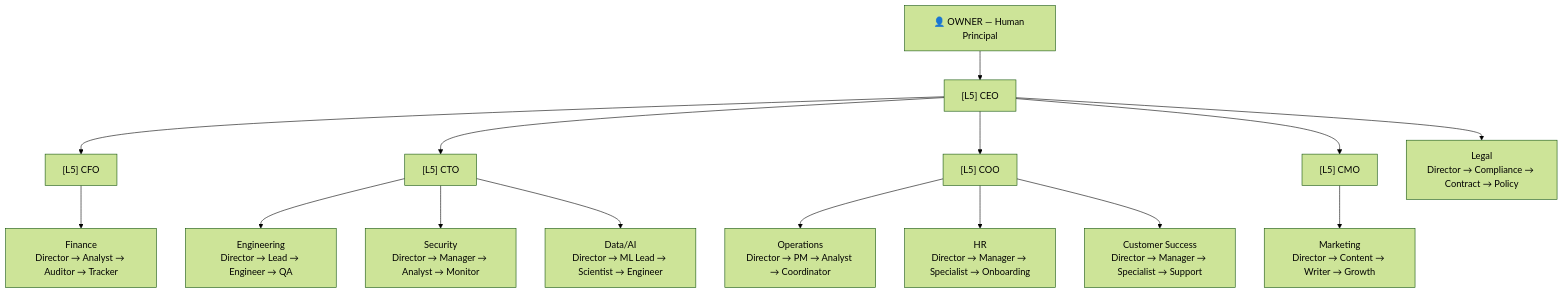
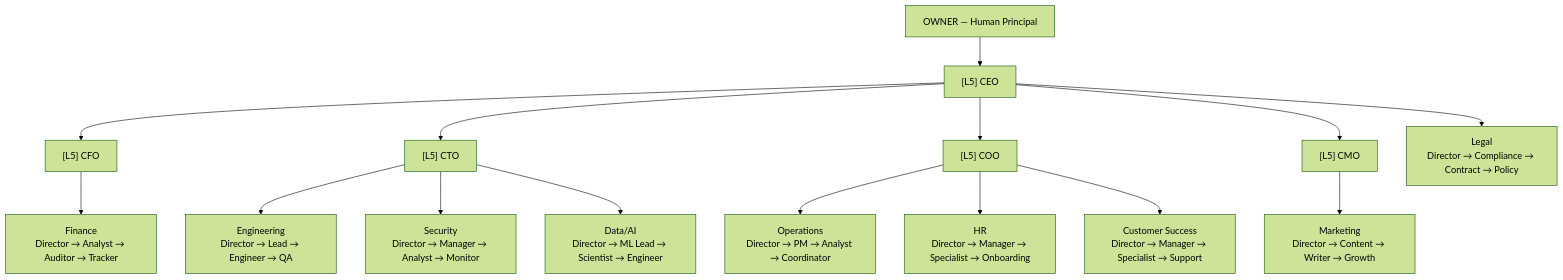
One commit to Arigitshub/CorpAI changed the diagram in README.md. Above: the diagram before and after it, drawn with Mermaid (forest theme). The commit also changed other lines of this file, not shown here.

````diff
--- a/README.md
+++ b/README.md
@@ -39,22 +34,22 @@
 ```mermaid
 graph TD
-    OWNER["👤 OWNER — Human Principal"]
+    OWNER["OWNER — Human Principal"]
     CEO["[L5] CEO"]
     CFO["[L5] CFO"]
     CTO["[L5] CTO"]
     COO["[L5] COO"]
     CMO["[L5] CMO"]
 
     OWNER --> CEO
     CEO --> CFO & CTO & COO & CMO
 
     CFO --> Finance["Finance\nDirector → Analyst → Auditor → Tracker"]
     CTO --> Engineering["Engineering\nDirector → Lead → Engineer → QA"]
     CTO --> Security["Security\nDirector → Manager → Analyst → Monitor"]
     CTO --> DataAI["Data/AI\nDirector → ML Lead → Scientist → Engineer"]
     COO --> Operations["Operations\nDirector → PM → Analyst → Coordinator"]
     COO --> HR["HR\nDirector → Manager → Specialist → Onboarding"]
     COO --> CS["Customer Success\nDirector → Manager → Specialist → Support"]
     CMO --> Marketing["Marketing\nDirector → Content → Writer → Growth"]
     CEO --> Legal["Legal\nDirector → Compliance → Contract → Policy"]
 ```
````
